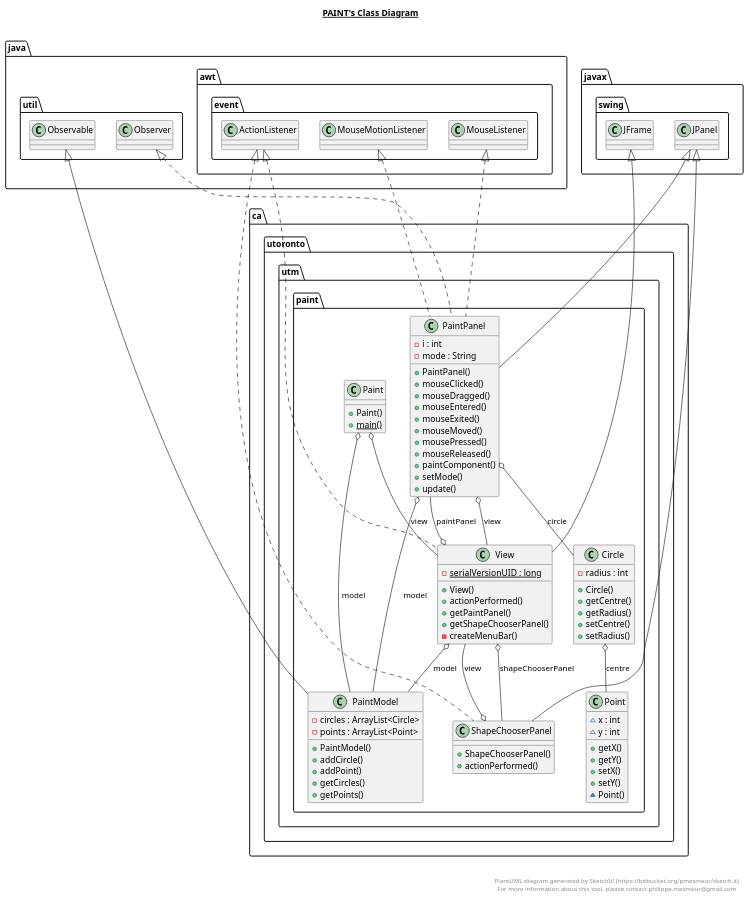
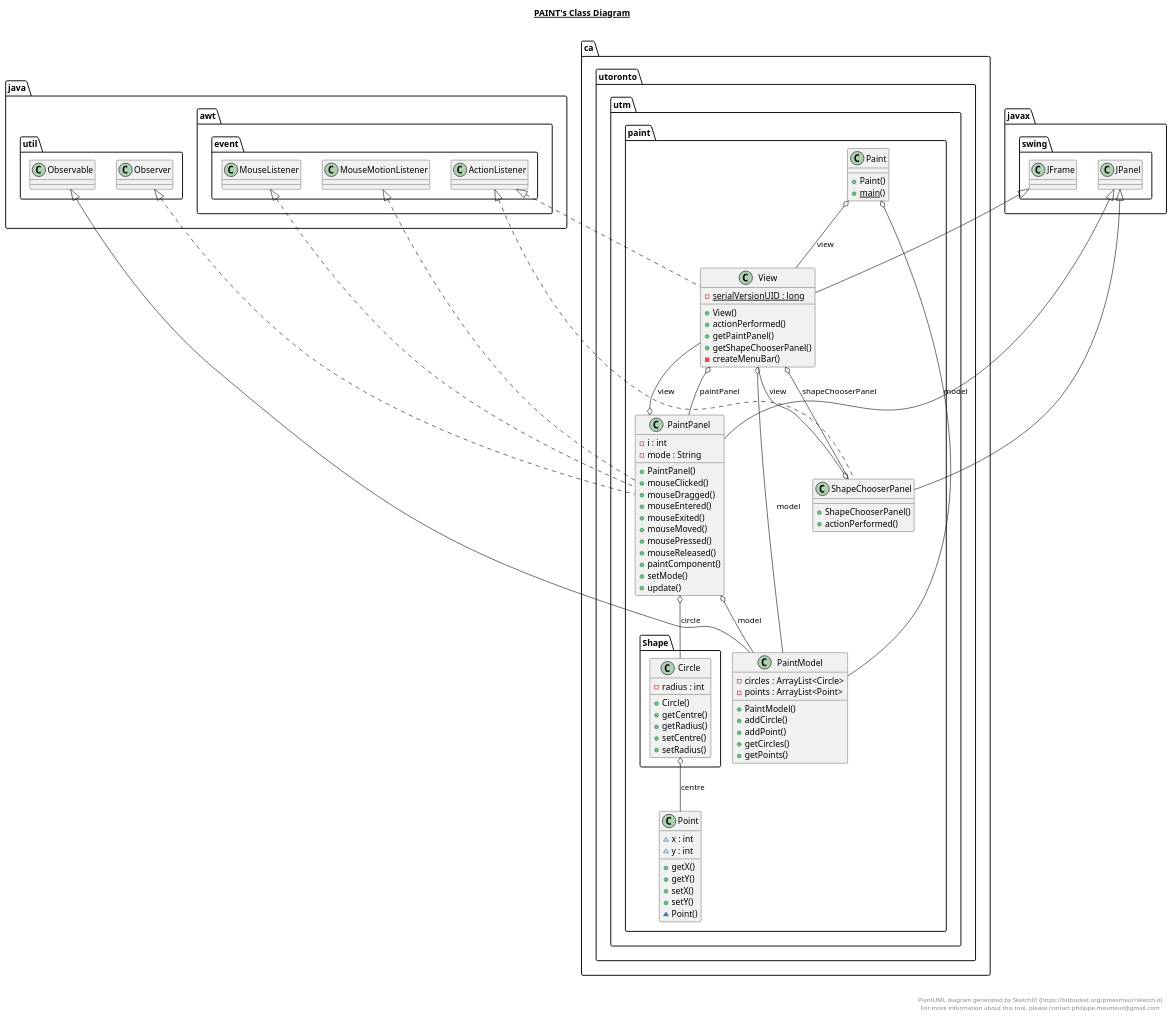
Before and after one commit to Lost-Accountant/CSC207: the diagram in Assignment2/bin/ca/utoronto/utm/paint/paint.plantuml, drawn with PlantUML. The commit also changed 24 other files, not shown here.

```diff
--- a/Assignment2/bin/ca/utoronto/utm/paint/paint.plantuml
+++ b/Assignment2/bin/ca/utoronto/utm/paint/paint.plantuml
@@ -1,118 +1,118 @@
 @startuml
 
 title __PAINT's Class Diagram__\n
 
   namespace ca.utoronto.utm.paint {
-    class ca.utoronto.utm.paint.Circle {
+    class ca.utoronto.utm.paint.Shape.Circle {
         - radius : int
         + Circle()
         + getCentre()
         + getRadius()
         + setCentre()
         + setRadius()
     }
   }
   
 
   namespace ca.utoronto.utm.paint {
     class ca.utoronto.utm.paint.Paint {
         + Paint()
         {static} + main()
     }
   }
   
 
   namespace ca.utoronto.utm.paint {
     class ca.utoronto.utm.paint.PaintModel {
         - circles : ArrayList<Circle>
         - points : ArrayList<Point>
         + PaintModel()
         + addCircle()
         + addPoint()
         + getCircles()
         + getPoints()
     }
   }
   
 
   namespace ca.utoronto.utm.paint {
     class ca.utoronto.utm.paint.PaintPanel {
         - i : int
         - mode : String
         + PaintPanel()
         + mouseClicked()
         + mouseDragged()
         + mouseEntered()
         + mouseExited()
         + mouseMoved()
         + mousePressed()
         + mouseReleased()
         + paintComponent()
         + setMode()
         + update()
     }
   }
   
 
   namespace ca.utoronto.utm.paint {
     class ca.utoronto.utm.paint.Point {
         ~ x : int
         ~ y : int
         + getX()
         + getY()
         + setX()
         + setY()
         ~ Point()
     }
   }
   
 
   namespace ca.utoronto.utm.paint {
     class ca.utoronto.utm.paint.ShapeChooserPanel {
         + ShapeChooserPanel()
         + actionPerformed()
     }
   }
   
 
   namespace ca.utoronto.utm.paint {
     class ca.utoronto.utm.paint.View {
         {static} - serialVersionUID : long
         + View()
         + actionPerformed()
         + getPaintPanel()
         + getShapeChooserPanel()
         - createMenuBar()
     }
   }
   
 
-  ca.utoronto.utm.paint.Circle o-- ca.utoronto.utm.paint.Point : centre
+  ca.utoronto.utm.paint.Shape.Circle o-- ca.utoronto.utm.paint.Point : centre
   ca.utoronto.utm.paint.Paint o-- ca.utoronto.utm.paint.PaintModel : model
   ca.utoronto.utm.paint.Paint o-- ca.utoronto.utm.paint.View : view
   ca.utoronto.utm.paint.PaintModel -up-|> java.util.Observable
   ca.utoronto.utm.paint.PaintPanel .up.|> java.awt.event.MouseListener
   ca.utoronto.utm.paint.PaintPanel .up.|> java.awt.event.MouseMotionListener
   ca.utoronto.utm.paint.PaintPanel .up.|> java.util.Observer
   ca.utoronto.utm.paint.PaintPanel -up-|> javax.swing.JPanel
-  ca.utoronto.utm.paint.PaintPanel o-- ca.utoronto.utm.paint.Circle : circle
+  ca.utoronto.utm.paint.PaintPanel o-- ca.utoronto.utm.paint.Shape.Circle : circle
   ca.utoronto.utm.paint.PaintPanel o-- ca.utoronto.utm.paint.PaintModel : model
   ca.utoronto.utm.paint.PaintPanel o-- ca.utoronto.utm.paint.View : view
   ca.utoronto.utm.paint.ShapeChooserPanel .up.|> java.awt.event.ActionListener
   ca.utoronto.utm.paint.ShapeChooserPanel -up-|> javax.swing.JPanel
   ca.utoronto.utm.paint.ShapeChooserPanel o-- ca.utoronto.utm.paint.View : view
   ca.utoronto.utm.paint.View .up.|> java.awt.event.ActionListener
   ca.utoronto.utm.paint.View -up-|> javax.swing.JFrame
   ca.utoronto.utm.paint.View o-- ca.utoronto.utm.paint.PaintModel : model
   ca.utoronto.utm.paint.View o-- ca.utoronto.utm.paint.PaintPanel : paintPanel
   ca.utoronto.utm.paint.View o-- ca.utoronto.utm.paint.ShapeChooserPanel : shapeChooserPanel
 
 
 right footer
 
 
 PlantUML diagram generated by SketchIt! (https://bitbucket.org/pmesmeur/sketch.it)
 For more information about this tool, please contact philippe.mesmeur@gmail.com
 endfooter
 
 @enduml
```
